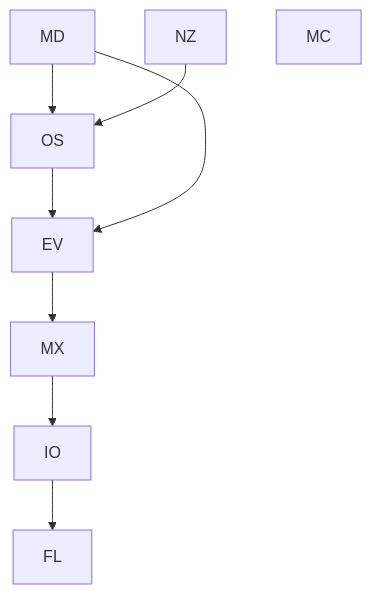
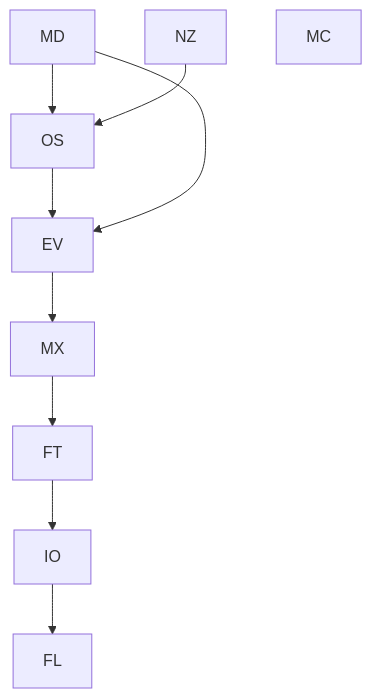
Before and after one commit to acumartini/dectet-public: diagram 24 of 30 in README.md, drawn with Mermaid. The commit also changed other lines of this file and 2 other files, not shown here.

````diff
--- a/README.md
+++ b/README.md
@@ -1335,8 +1752,8 @@
 ```mermaid
 flowchart TD
   IO-->FL
   MD-->OS-->EV
-  MD-->EV-->MX-->IO
+  MD-->EV-->MX-->FT-->IO
   NZ-->OS
   MC
 ```
````
